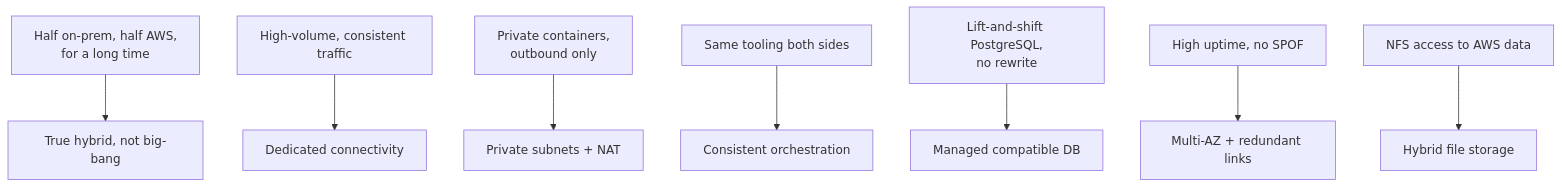
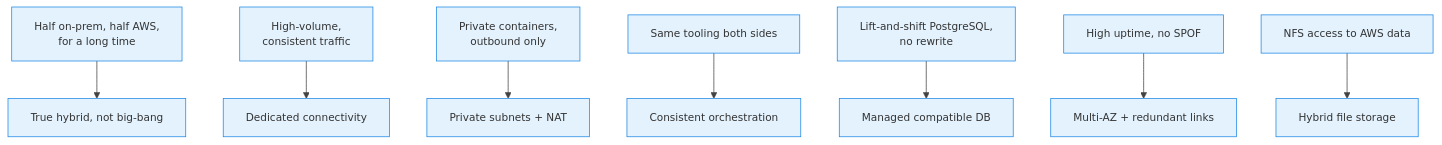
The third of 26 diagrams in aws_cloud_technical_essentials_book/12-hybrid-container-workloads.qmd (senthilkumarm1901/learn_by_blogging), drawn with Mermaid before and after one commit. The commit also changed other lines of this file and 3 other files, not shown here.

Commit message:
updated diagrams, business cases used

````diff
--- a/aws_cloud_technical_essentials_book/12-hybrid-container-workloads.qmd
+++ b/aws_cloud_technical_essentials_book/12-hybrid-container-workloads.qmd
@@ -78,10 +98,11 @@
 ```{mermaid}
+%%{init: {'theme': 'base', 'themeVariables': {'primaryColor': '#E3F2FD', 'primaryBorderColor': '#1E88E5', 'lineColor': '#424242', 'fontSize': '14px'}}}%%
 flowchart TD
     R1["Half on-prem, half AWS,<br>for a long time"] --> D1["True hybrid, not big-bang"]
-    R2["High-volume, consistent traffic"] --> D2["Dedicated connectivity"]
+    R2["High-volume,<br>consistent traffic"] --> D2["Dedicated connectivity"]
     R3["Private containers,<br>outbound only"] --> D3["Private subnets + NAT"]
     R4["Same tooling both sides"] --> D4["Consistent orchestration"]
     R5["Lift-and-shift PostgreSQL,<br>no rewrite"] --> D5["Managed compatible DB"]
     R6["High uptime, no SPOF"] --> D6["Multi-AZ + redundant links"]
     R7["NFS access to AWS data"] --> D7["Hybrid file storage"]
 ```
````
